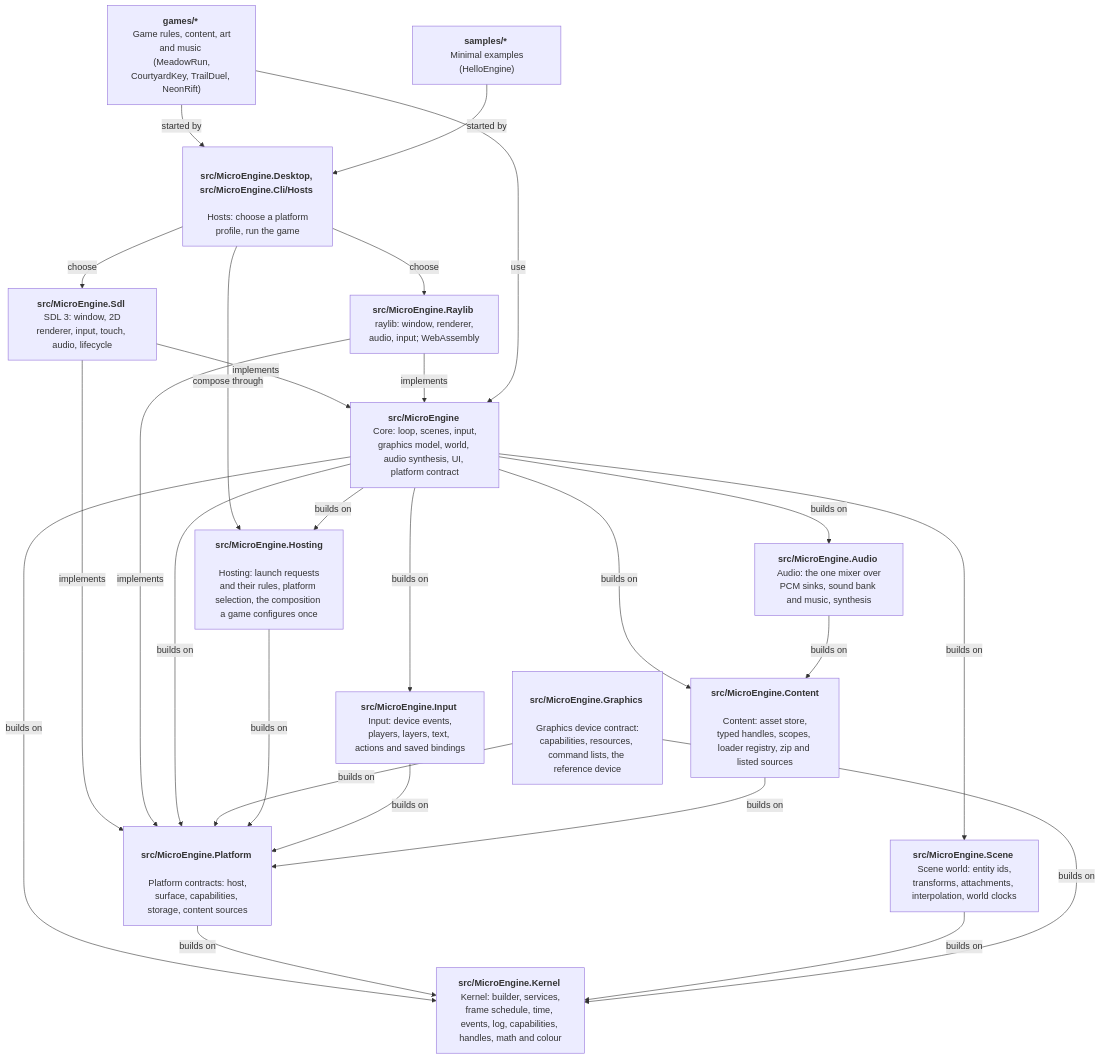
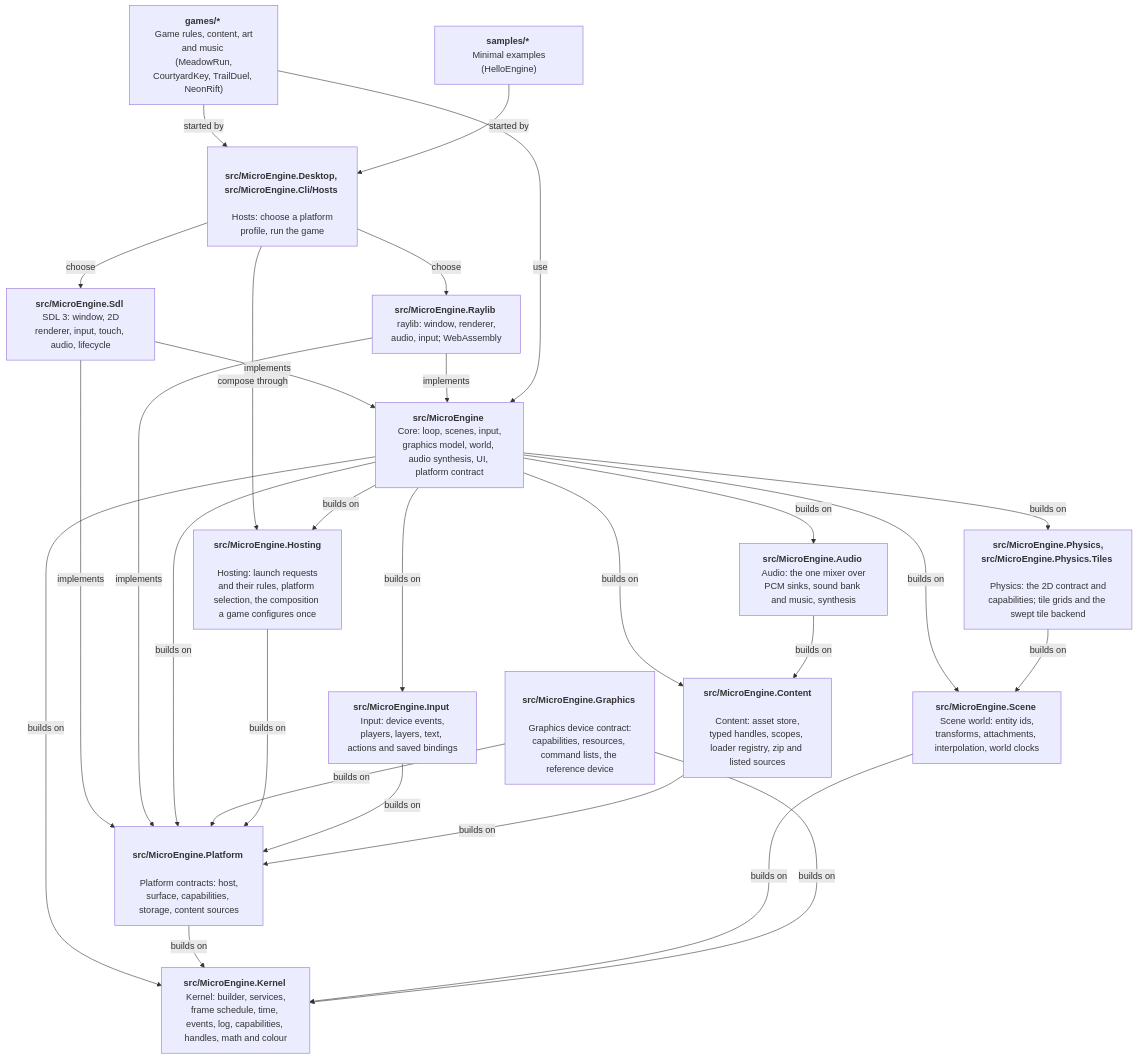
One commit to NastMz/MicroEngine changed the diagram in docs/architecture.md. Above: the diagram before and after it, drawn with Mermaid. The commit also changed other lines of this file and 43 other files, not shown here.

````diff
--- a/docs/architecture.md
+++ b/docs/architecture.md
@@ -11,44 +11,47 @@
 ```mermaid
 flowchart TB
   accTitle: Layers
   accDescr: Games and samples start through the hosts, which compose them through hosting and offer the SDL and raylib backends; both implement the platform contract, which builds on the kernel.
   games["<b> games/* </b> <br/> Game rules, content, art and music <br/> (MeadowRun, CourtyardKey, TrailDuel, NeonRift)"]
   samples["<b> samples/* </b> <br/> Minimal examples (HelloEngine)"]
   hosts["<b> src/MicroEngine.Desktop, src/MicroEngine.Cli/Hosts </b> <br/> Hosts: choose a platform profile, run the game"]
   sdl["<b> src/MicroEngine.Sdl </b> <br/> SDL 3: window, 2D renderer, input, touch, audio, lifecycle"]
   raylib["<b> src/MicroEngine.Raylib </b> <br/> raylib: window, renderer, audio, input; WebAssembly"]
   core["<b> src/MicroEngine </b> <br/> Core: loop, scenes, input, graphics model, world, audio synthesis, UI, platform contract"]
   platform["<b> src/MicroEngine.Platform </b> <br/> Platform contracts: host, surface, capabilities, storage, content sources"]
   graphics["<b> src/MicroEngine.Graphics </b> <br/> Graphics device contract: capabilities, resources, command lists, the reference device"]
   input["<b> src/MicroEngine.Input </b> <br/> Input: device events, players, layers, text, actions and saved bindings"]
   hosting["<b> src/MicroEngine.Hosting </b> <br/> Hosting: launch requests and their rules, platform selection, the composition a game configures once"]
   content["<b> src/MicroEngine.Content </b> <br/> Content: asset store, typed handles, scopes, loader registry, zip and listed sources"]
   audio["<b> src/MicroEngine.Audio </b> <br/> Audio: the one mixer over PCM sinks, sound bank and music, synthesis"]
   scene["<b> src/MicroEngine.Scene </b> <br/> Scene world: entity ids, transforms, attachments, interpolation, world clocks"]
+  physics["<b> src/MicroEngine.Physics, src/MicroEngine.Physics.Tiles </b> <br/> Physics: the 2D contract and capabilities; tile grids and the swept tile backend"]
   kernel["<b> src/MicroEngine.Kernel </b> <br/> Kernel: builder, services, frame schedule, time, events, log, capabilities, handles, math and colour"]
   games -- started by --> hosts
   samples -- started by --> hosts
   hosts -- choose --> sdl
   hosts -- choose --> raylib
   hosts -- compose through --> hosting
   sdl -- implements --> core
   raylib -- implements --> core
   sdl -- implements --> platform
   raylib -- implements --> platform
   games -- use --> core
   core -- builds on --> platform
   core -- builds on --> kernel
   platform -- builds on --> kernel
   core -- builds on --> scene
   scene -- builds on --> kernel
+  core -- builds on --> physics
+  physics -- builds on --> scene
   graphics -- builds on --> platform
   graphics -- builds on --> kernel
   core -- builds on --> hosting
   hosting -- builds on --> platform
   core -- builds on --> input
   input -- builds on --> platform
   core -- builds on --> content
   content -- builds on --> platform
   core -- builds on --> audio
   audio -- builds on --> content
 ```
````
